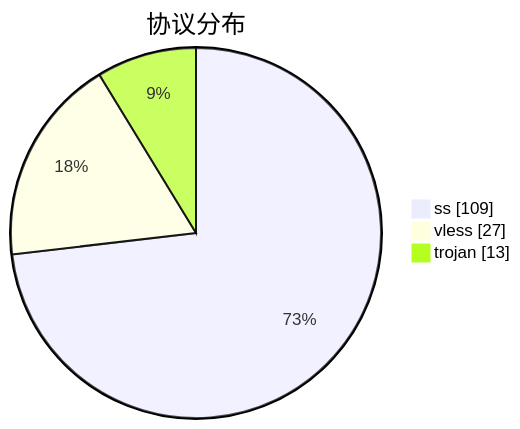
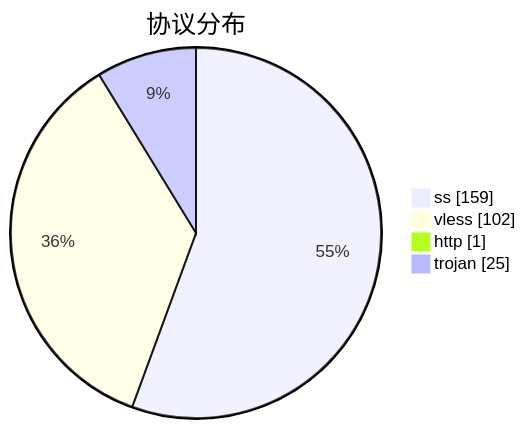
Before and after one commit to qjlxg/airport: the third of 3 diagrams in subs/statistics/tested_within.md, drawn with Mermaid. The commit also changed other lines of this file and 2 other files, not shown here.

````diff
--- a/subs/statistics/tested_within.md
+++ b/subs/statistics/tested_within.md
@@ -17,7 +19,8 @@
 ```mermaid
 pie showData
 title 协议分布
-"ss" : 109
-"vless" : 27
-"trojan" : 13
+"ss" : 159
+"vless" : 102
+"http" : 1
+"trojan" : 25
 ```
````
